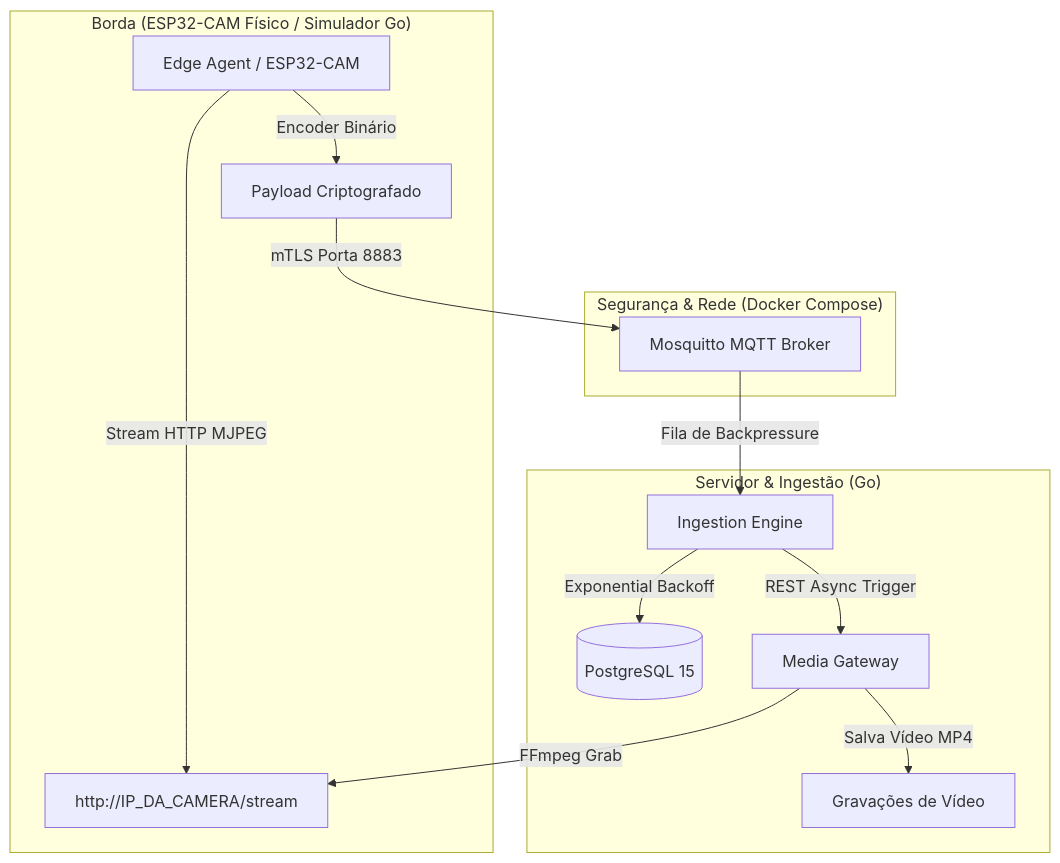
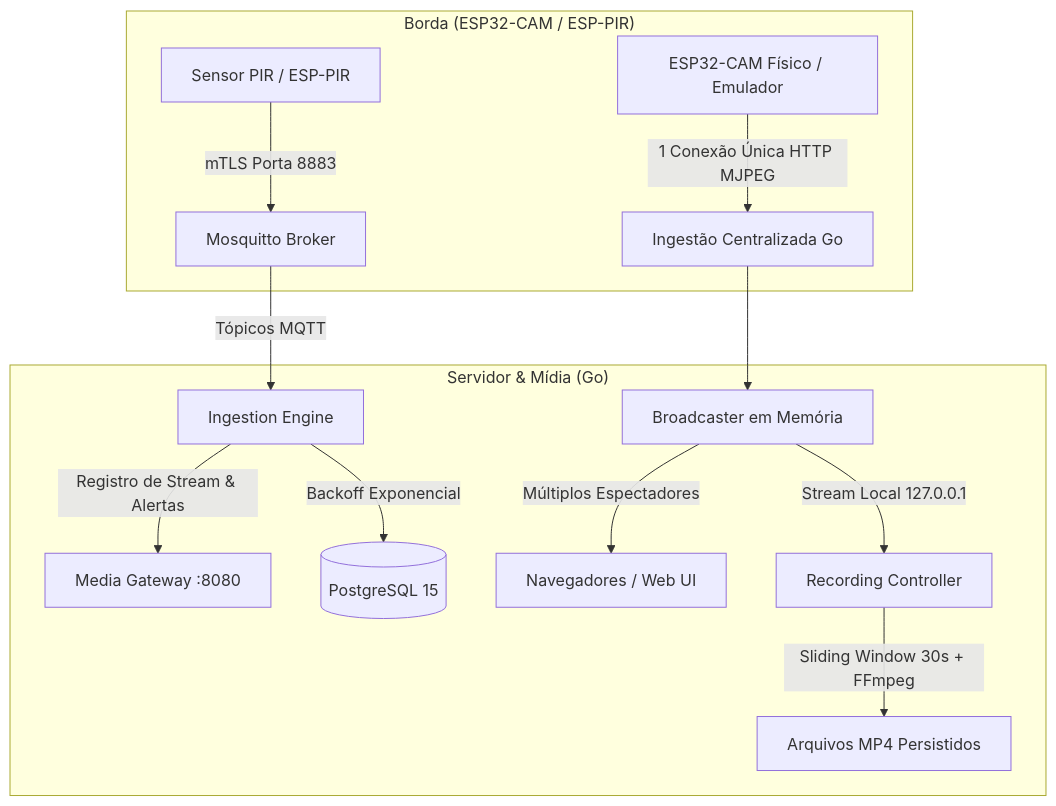
The diagram in README.md (rphmauriciodev/SentinelNode), drawn with Mermaid before and after one commit. The commit also changed other lines of this file and 26 other files, not shown here.

````diff
--- a/README.md
+++ b/README.md
@@ -15,19 +11,18 @@
 ```mermaid
 graph TD
-    subgraph Edge ["Borda (ESP32-CAM Físico / Simulador Go)"]
-        Agent[Edge Agent / ESP32-CAM] -->|Encoder Binário| BinData[Payload Criptografado]
-        Agent -->|Stream HTTP MJPEG| VideoStream[http://IP_DA_CAMERA/stream]
+    subgraph Edge ["Borda (ESP32-CAM / ESP-PIR)"]
+        Cam[ESP32-CAM Físico / Emulador] -->|1 Conexão Única HTTP MJPEG| Ingest[Ingestão Centralizada Go]
+        PIR[Sensor PIR / ESP-PIR] -->|mTLS Porta 8883| Broker[Mosquitto Broker]
     end
 
-    subgraph Infra ["Segurança & Rede (Docker Compose)"]
-        BinData -->|mTLS Porta 8883| Broker[Mosquitto MQTT Broker]
-    end
+    subgraph Backend ["Servidor & Mídia (Go)"]
+        Broker -->|Tópicos MQTT| Engine[Ingestion Engine]
+        Engine -->|Registro de Stream & Alertas| Gateway[Media Gateway :8080]
+        Engine -->|Backoff Exponencial| DB[(PostgreSQL 15)]
 
-    subgraph Backend ["Servidor & Ingestão (Go)"]
-        Broker -->|Fila de Backpressure| Engine[Ingestion Engine]
-        Engine -->|Exponential Backoff| DB[(PostgreSQL 15)]
-        Engine -->|REST Async Trigger| Gateway[Media Gateway]
-        Gateway -->|FFmpeg Grab| VideoStream
-        Gateway -->|Salva Vídeo MP4| Videos[Gravações de Vídeo]
+        Ingest --> Broadcaster[Broadcaster em Memória]
+        Broadcaster -->|Múltiplos Espectadores| Browser[Navegadores / Web UI]
+        Broadcaster -->|Stream Local 127.0.0.1| Recorder[Recording Controller]
+        Recorder -->|Sliding Window 30s + FFmpeg| MP4[Arquivos MP4 Persistidos]
     end
 ```
````
